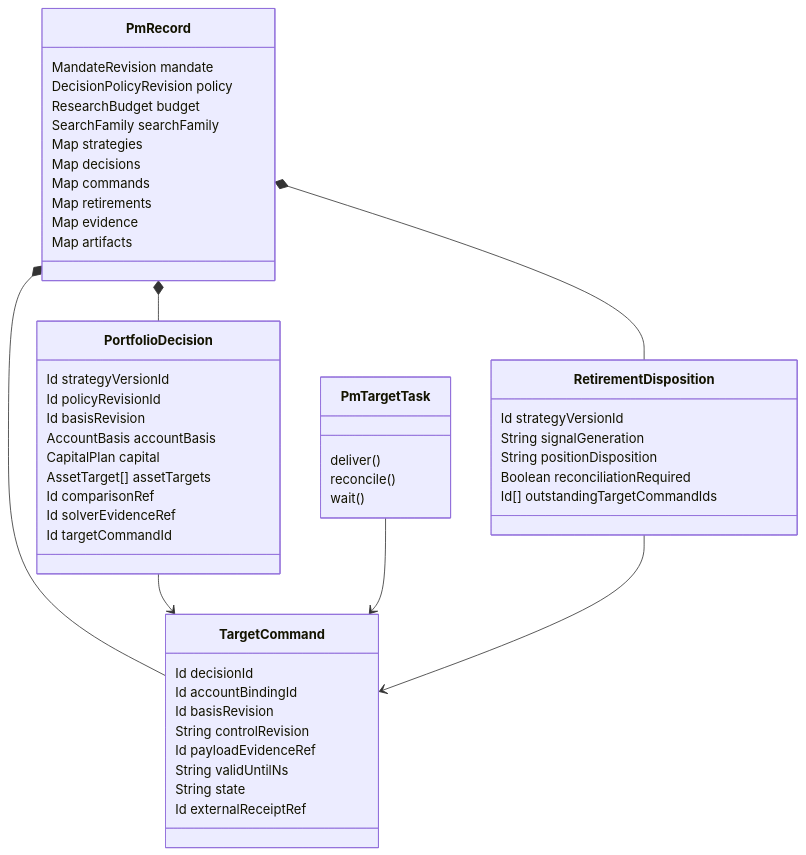
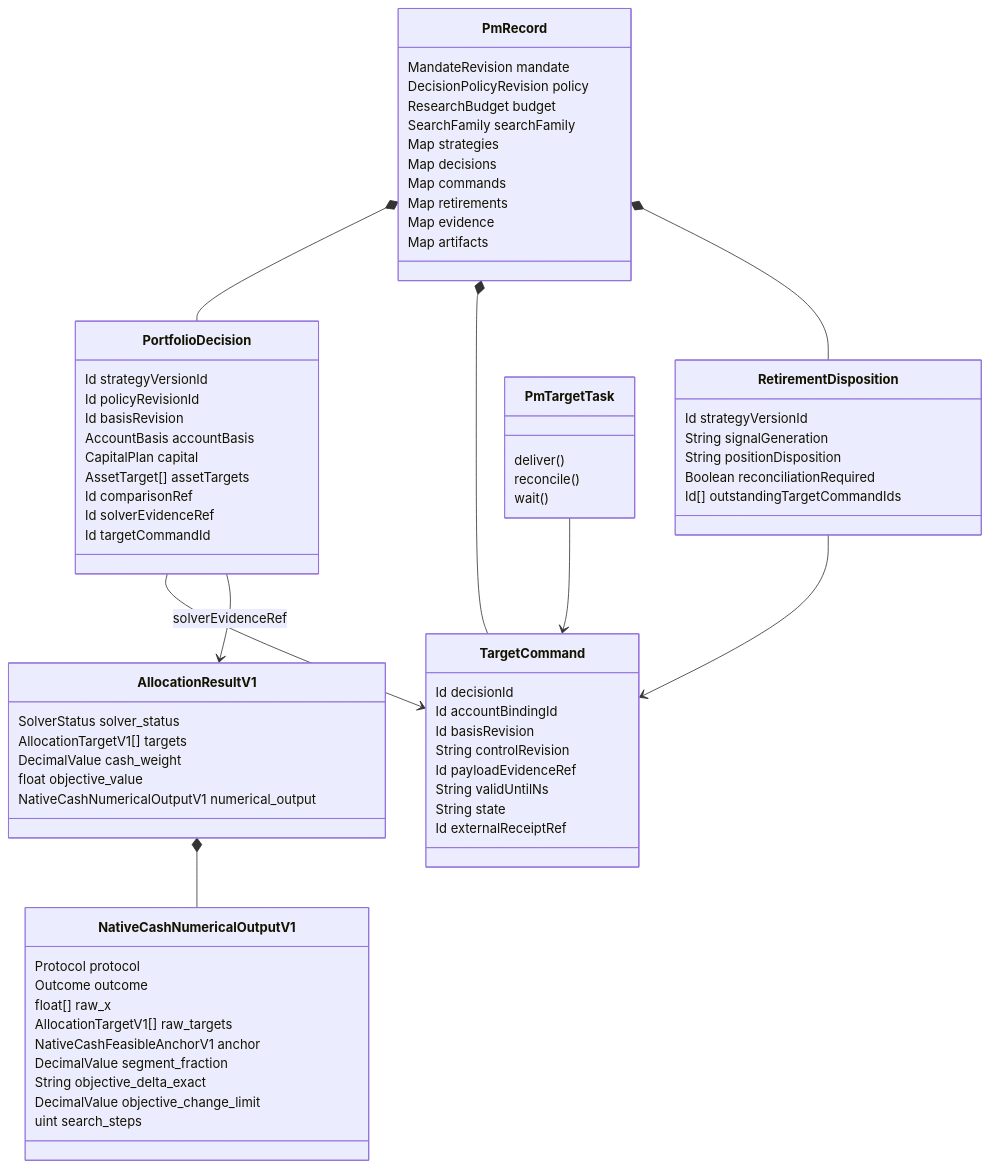
The diagram in .opensdlc/tasks/pm-adaptive-platform/current-operation.md (zhengui666/QuaZonai), drawn with Mermaid before and after one commit. The commit also changed other lines of this file and 26 other files, not shown here.

First line of the commit message:
fix(pm): register exact funded numerical output protocol

````diff
--- a/.opensdlc/tasks/pm-adaptive-platform/current-operation.md
+++ b/.opensdlc/tasks/pm-adaptive-platform/current-operation.md
@@ -64,54 +100,74 @@
 ```mermaid
 classDiagram
   class PmRecord {
     MandateRevision mandate
     DecisionPolicyRevision policy
     ResearchBudget budget
     SearchFamily searchFamily
     Map strategies
     Map decisions
     Map commands
     Map retirements
     Map evidence
     Map artifacts
   }
   class PortfolioDecision {
     Id strategyVersionId
     Id policyRevisionId
     Id basisRevision
     AccountBasis accountBasis
     CapitalPlan capital
     AssetTarget[] assetTargets
     Id comparisonRef
     Id solverEvidenceRef
     Id targetCommandId
   }
   class TargetCommand {
     Id decisionId
     Id accountBindingId
     Id basisRevision
     String controlRevision
     Id payloadEvidenceRef
     String validUntilNs
     String state
     Id externalReceiptRef
   }
   class RetirementDisposition {
     Id strategyVersionId
     String signalGeneration
     String positionDisposition
     Boolean reconciliationRequired
     Id[] outstandingTargetCommandIds
   }
   class PmTargetTask {
     deliver()
     reconcile()
     wait()
   }
+  class AllocationResultV1 {
+    SolverStatus solver_status
+    AllocationTargetV1[] targets
+    DecimalValue cash_weight
+    float objective_value
+    NativeCashNumericalOutputV1 numerical_output
+  }
+  class NativeCashNumericalOutputV1 {
+    Protocol protocol
+    Outcome outcome
+    float[] raw_x
+    AllocationTargetV1[] raw_targets
+    NativeCashFeasibleAnchorV1 anchor
+    DecimalValue segment_fraction
+    String objective_delta_exact
+    DecimalValue objective_change_limit
+    uint search_steps
+  }
   PmRecord *-- PortfolioDecision
   PmRecord *-- TargetCommand
   PmRecord *-- RetirementDisposition
   PortfolioDecision --> TargetCommand
   PmTargetTask --> TargetCommand
   RetirementDisposition --> TargetCommand
+  PortfolioDecision --> AllocationResultV1 : solverEvidenceRef
+  AllocationResultV1 *-- NativeCashNumericalOutputV1
 ```
````
